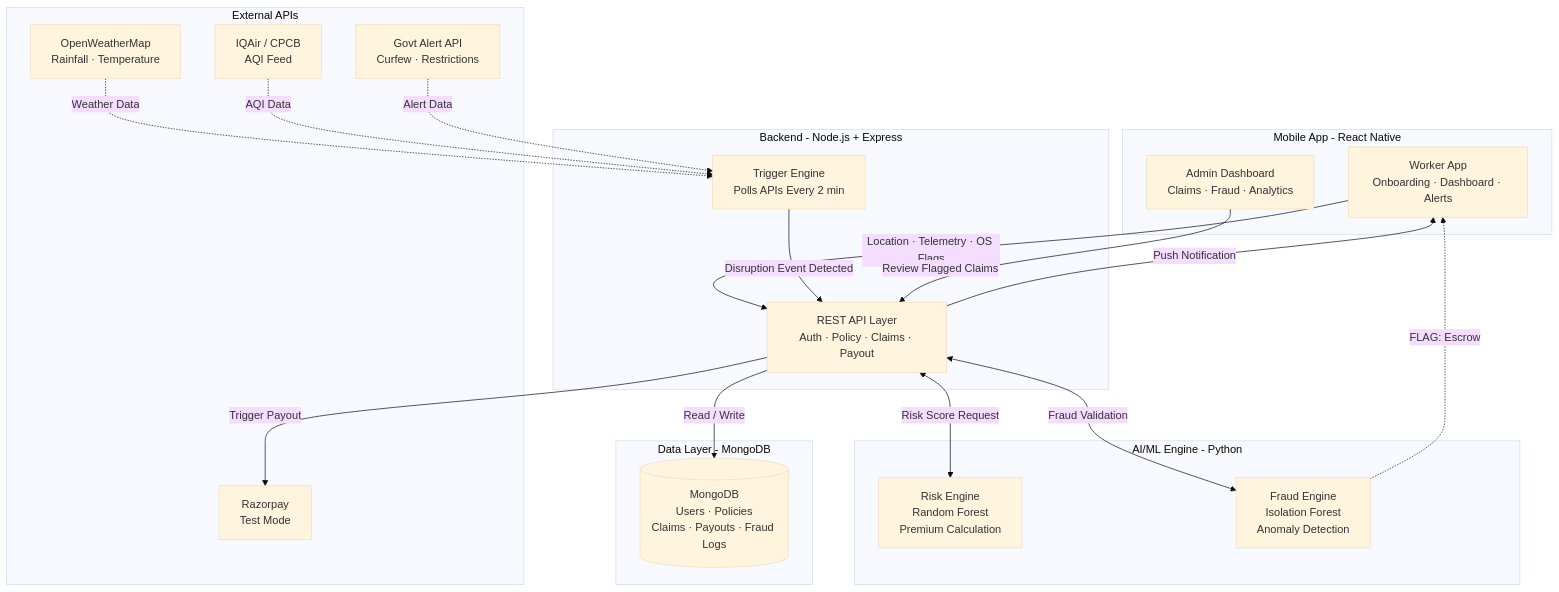
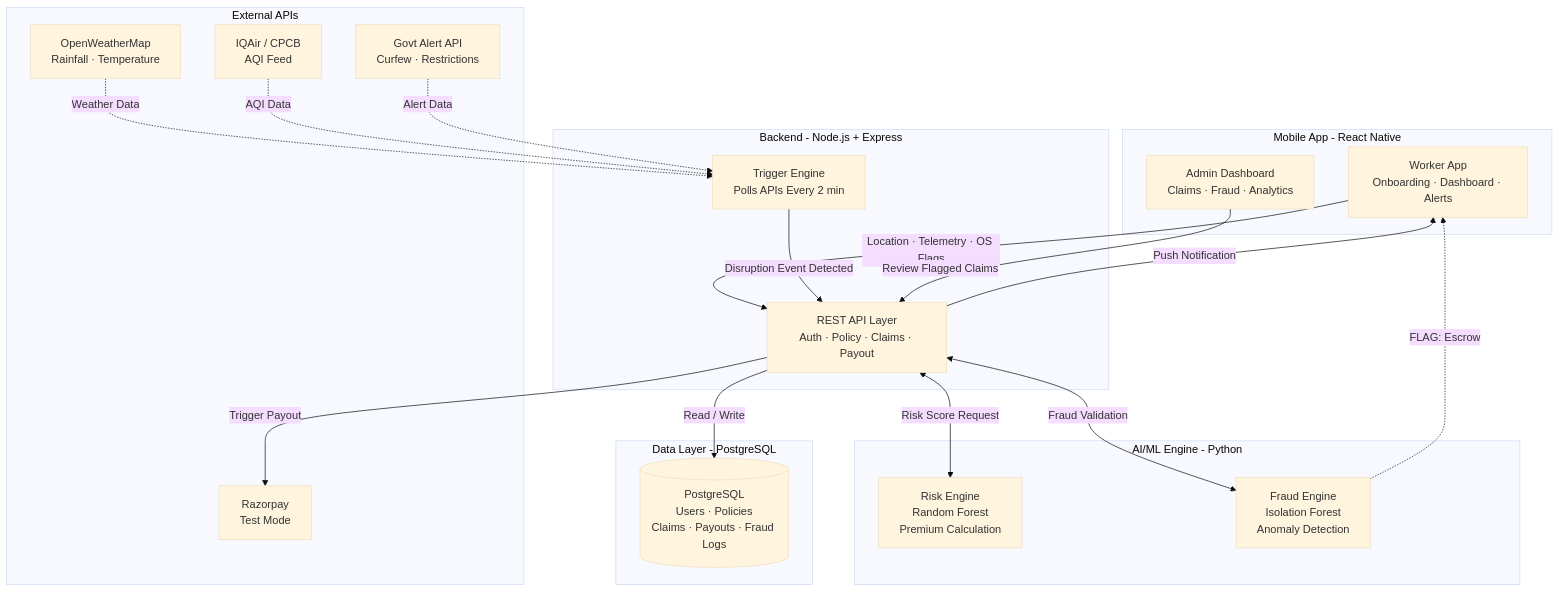
One commit to Raghvendra-Chauhan/Gig_Insura changed the third of 4 diagrams in README.md. Above: the diagram before and after it, drawn with Mermaid (base theme). The commit also changed other lines of this file, not shown here.

````diff
--- a/README.md
+++ b/README.md
@@ -271,41 +271,41 @@
 ```mermaid
 graph TD
     subgraph Mobile["Mobile App - React Native"]
         APP[Worker App\nOnboarding · Dashboard · Alerts]
         ADMIN_UI[Admin Dashboard\nClaims · Fraud · Analytics]
     end
 
     subgraph Backend["Backend - Node.js + Express"]
         API[REST API Layer\nAuth · Policy · Claims · Payout]
         TRIGGER[Trigger Engine\nPolls APIs Every 2 min]
     end
 
     subgraph AI["AI/ML Engine - Python"]
         RISK[Risk Engine\nRandom Forest\nPremium Calculation]
         FRAUD[Fraud Engine\nIsolation Forest\nAnomaly Detection]
     end
 
-    subgraph DB["Data Layer - MongoDB"]
-        MONGO[(MongoDB\nUsers · Policies\nClaims · Payouts · Fraud Logs)]
+    subgraph DB["Data Layer - PostgreSQL"]
+        MONGO[(PostgreSQL\nUsers · Policies\nClaims · Payouts · Fraud Logs)]
     end
 
     subgraph External["External APIs"]
         WEATHER[OpenWeatherMap\nRainfall · Temperature]
         AQI[IQAir / CPCB\nAQI Feed]
         CURFEW[Govt Alert API\nCurfew · Restrictions]
         PAY[Razorpay\nTest Mode]
     end
 
     APP -->|Location · Telemetry · OS Flags| API
     API <-->|Risk Score Request| RISK
     API <-->|Fraud Validation| FRAUD
     TRIGGER -->|Disruption Event Detected| API
     API -->|Read / Write| MONGO
     API -->|Trigger Payout| PAY
     WEATHER -.->|Weather Data| TRIGGER
     AQI -.->|AQI Data| TRIGGER
     CURFEW -.->|Alert Data| TRIGGER
     FRAUD -.->|FLAG: Escrow| APP
     API -->|Push Notification| APP
     ADMIN_UI -->|Review Flagged Claims| API
 ```
````
